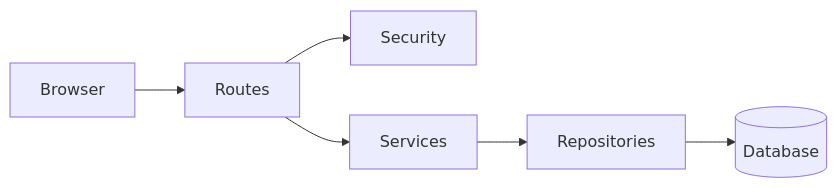
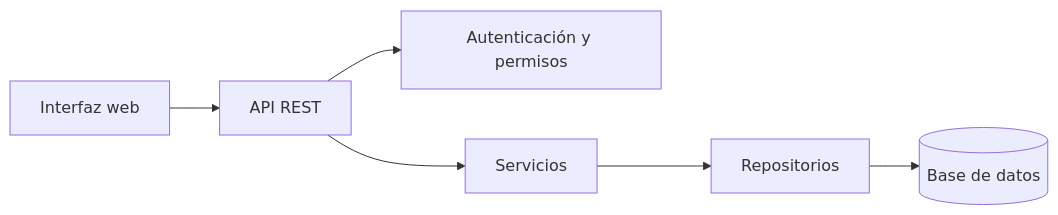
The first of 2 diagrams in docs/architecture.md (AndresJG20/enterprise-case-management), drawn with Mermaid before and after one commit. The commit also changed other lines of this file and 7 other files, not shown here.

````diff
--- a/docs/architecture.md
+++ b/docs/architecture.md
@@ -3,8 +5,8 @@
 ```mermaid
 flowchart LR
-  Browser --> Routes
-  Routes --> Security
-  Routes --> Services
-  Services --> Repositories
-  Repositories --> DB[(Database)]
+  UI[Interfaz web] --> API[API REST]
+  API --> SEG[Autenticación y permisos]
+  API --> SVC[Servicios]
+  SVC --> REP[Repositorios]
+  REP --> DB[(Base de datos)]
 ```
````
